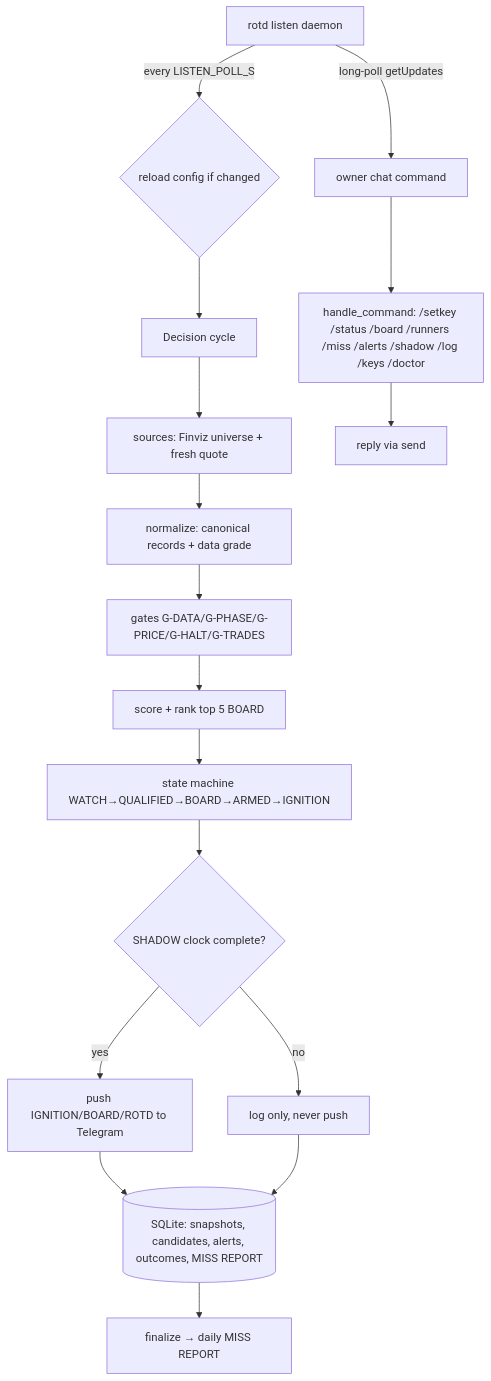
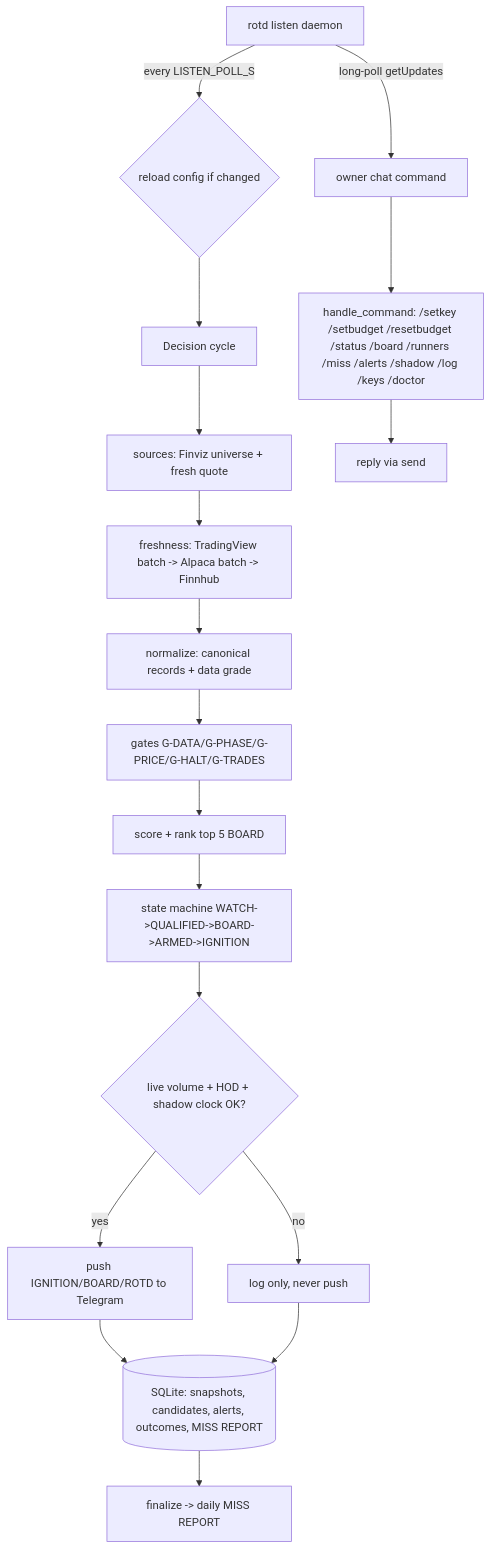
One commit to Ace1337z/Runner-of-the-Day changed the diagram in README.md. Above: the diagram before and after it, drawn with Mermaid. The commit also changed other lines of this file and 38 other files, not shown here.

````diff
--- a/README.md
+++ b/README.md
@@ -185,19 +350,20 @@
 ```mermaid
 flowchart TD
     A[rotd listen daemon] -->|every LISTEN_POLL_S| B{reload config if changed}
     B --> C[Decision cycle]
     C --> D[sources: Finviz universe + fresh quote]
-    D --> E[normalize: canonical records + data grade]
-    E --> F[gates G-DATA/G-PHASE/G-PRICE/G-HALT/G-TRADES]
-    F --> G[score + rank top 5 BOARD]
-    G --> H[state machine WATCH→QUALIFIED→BOARD→ARMED→IGNITION]
-    H --> I{SHADOW clock complete?}
-    I -- no --> J[log only, never push]
-    I -- yes --> K[push IGNITION/BOARD/ROTD to Telegram]
-    A -->|long-poll getUpdates| L[owner chat command]
-    L --> M[handle_command: /setkey /status /board /runners /miss /alerts /shadow /log /keys /doctor]
-    M --> N[reply via send]
-    K --> O[(SQLite: snapshots, candidates, alerts, outcomes, MISS REPORT)]
-    J --> O
-    O --> P[finalize → daily MISS REPORT]
+    D --> E[freshness: TradingView batch -> Alpaca batch -> Finnhub]
+    E --> F[normalize: canonical records + data grade]
+    F --> G[gates G-DATA/G-PHASE/G-PRICE/G-HALT/G-TRADES]
+    G --> H[score + rank top 5 BOARD]
+    H --> I[state machine WATCH->QUALIFIED->BOARD->ARMED->IGNITION]
+    I --> J{live volume + HOD + shadow clock OK?}
+    J -- no --> K[log only, never push]
+    J -- yes --> L[push IGNITION/BOARD/ROTD to Telegram]
+    A -->|long-poll getUpdates| M[owner chat command]
+    M --> N[handle_command: /setkey /setbudget /resetbudget /status /board /runners /miss /alerts /shadow /log /keys /doctor]
+    N --> O[reply via send]
+    L --> P[(SQLite: snapshots, candidates, alerts, outcomes, MISS REPORT)]
+    K --> P
+    P --> Q[finalize -> daily MISS REPORT]
 ```
````
